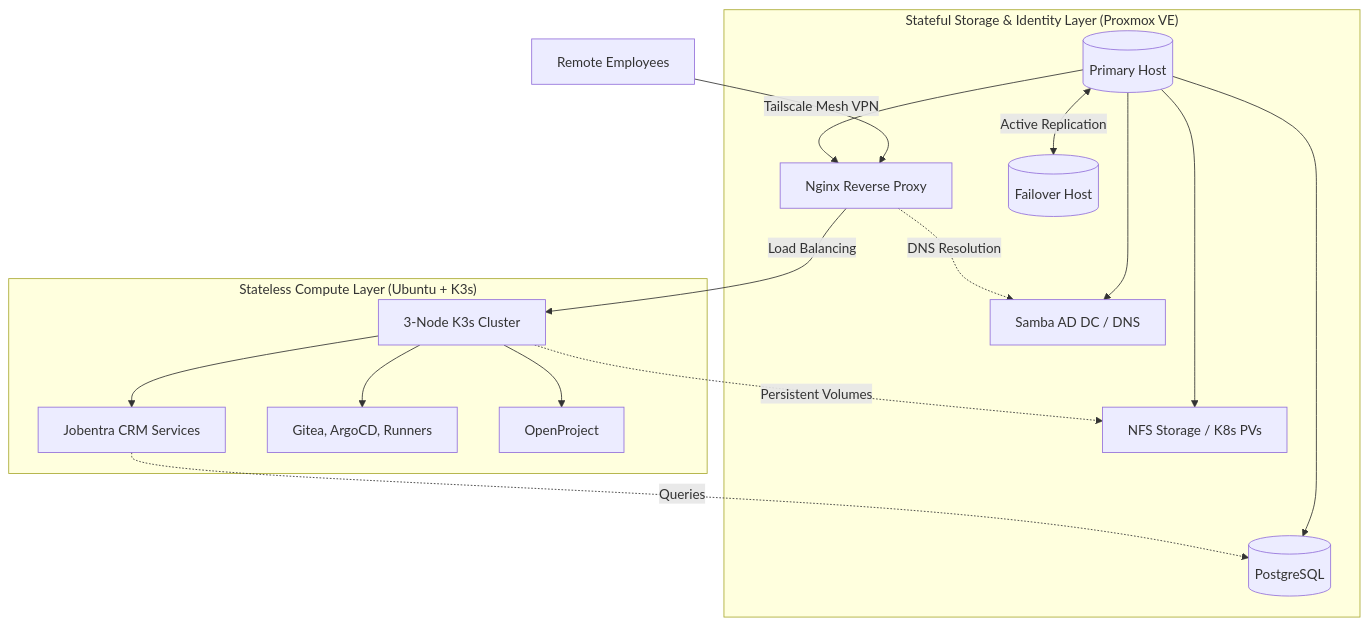
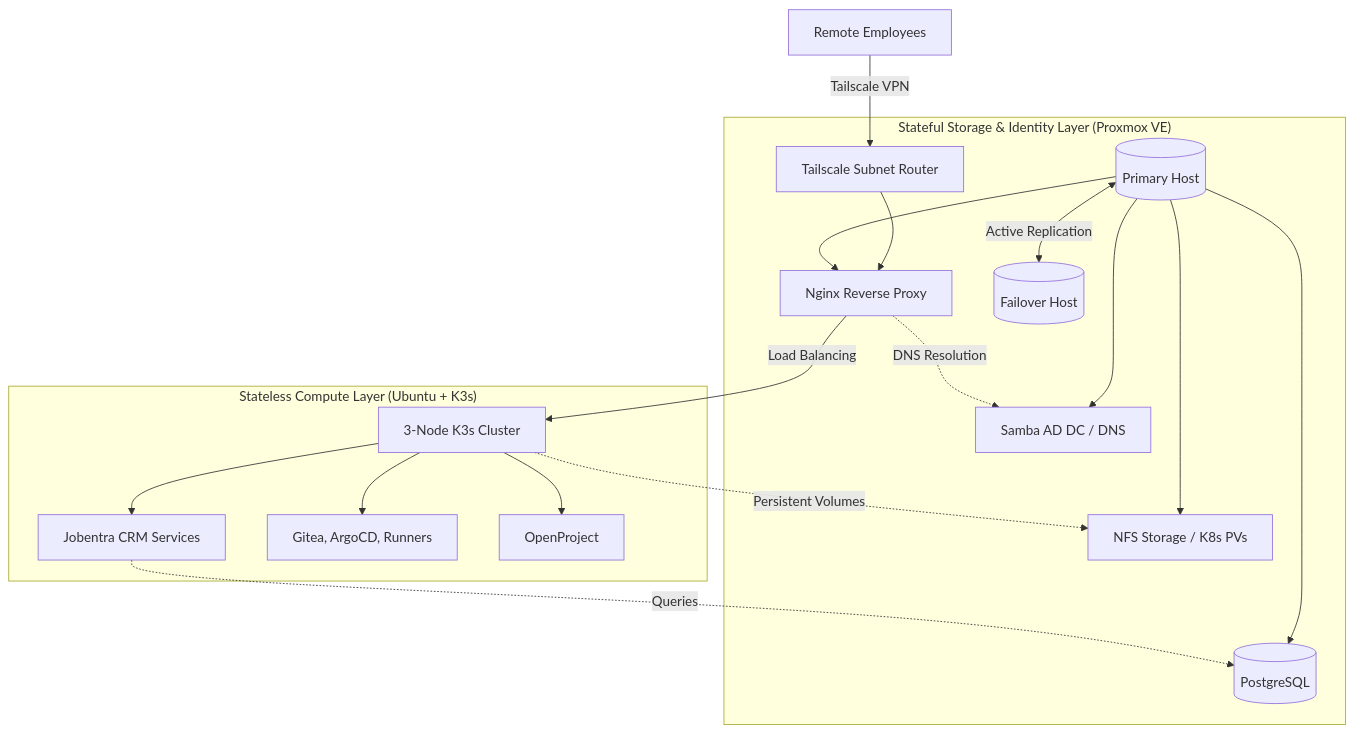
Before and after one commit to salihsayal/jobentra-infrastructure: the diagram in README.md, drawn with Mermaid. The commit also changed other lines of this file, not shown here.

````diff
--- a/README.md
+++ b/README.md
@@ -9,36 +9,36 @@
 ```mermaid
 graph TD
-    User[Remote Employees] -->|Tailscale Mesh VPN| Proxy
+    User[Remote Employees] -->|Tailscale VPN| TS[Tailscale Subnet Router]
     
     subgraph "Stateful Storage & Identity Layer (Proxmox VE)"
-        Proxy[Nginx Reverse Proxy]
+        TS --> Proxy[Nginx Reverse Proxy]
         AD[Samba AD DC / DNS]
         DB[(PostgreSQL)]
         NFS[NFS Storage / K8s PVs]
         
         Main[(Primary Host)] <-->|Active Replication| Fallback[(Failover Host)]
         
         Main --> Proxy
         Main --> AD
         Main --> DB
         Main --> NFS
         
         Proxy -. DNS Resolution .-> AD
     end
 
     subgraph "Stateless Compute Layer (Ubuntu + K3s)"
         K8s[3-Node K3s Cluster]
         CRM[Jobentra CRM Services]
         DevOps[Gitea, ArgoCD, Runners]
         Tools[OpenProject]
         
         K8s --> CRM
         K8s --> DevOps
         K8s --> Tools
     end
 
     Proxy -->|Load Balancing| K8s
     K8s -. Persistent Volumes .-> NFS
     CRM -. Queries .-> DB
 
 ```
````
